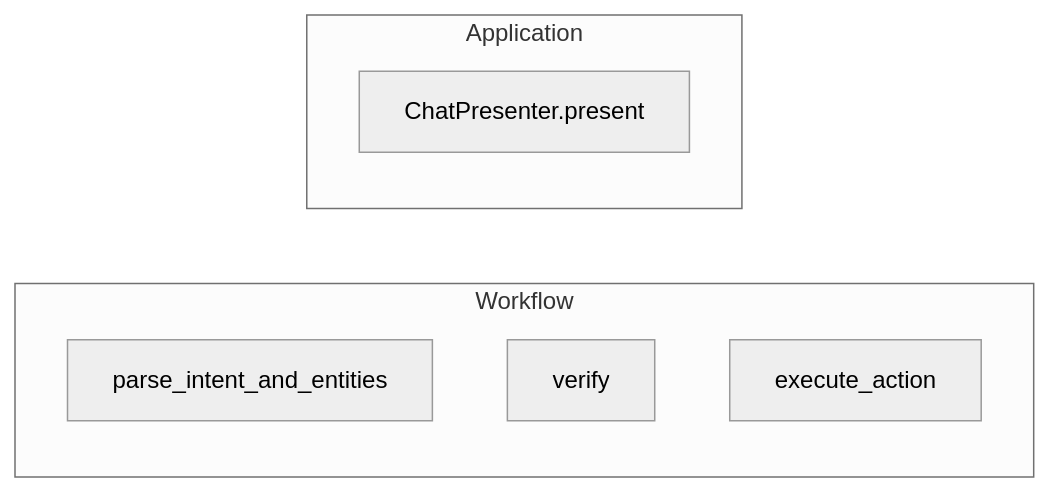
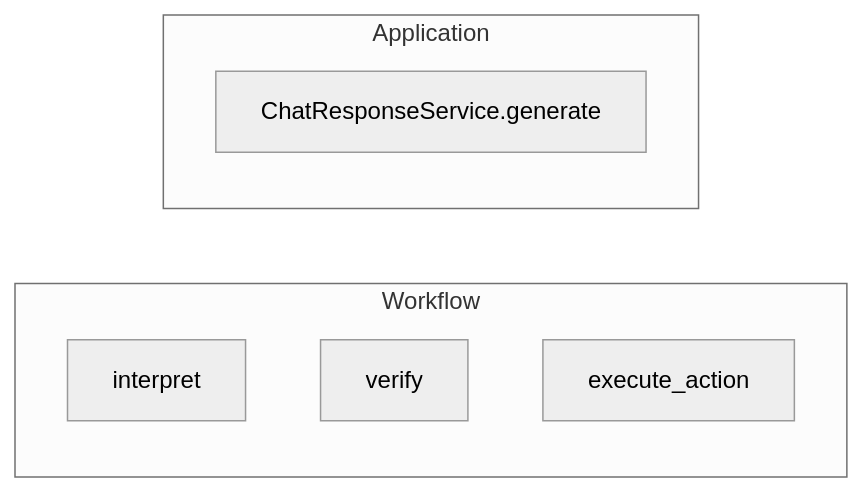
Before and after one commit to ktakanopy/appointment-bot: the diagram in docs/llm-boundary.md, drawn with Mermaid (neutral theme). The commit also changed other lines of this file and 25 other files, not shown here.

````diff
--- a/docs/llm-boundary.md
+++ b/docs/llm-boundary.md
@@ -74,11 +74,11 @@
 ```mermaid
 flowchart LR
   subgraph workflow [Workflow]
-    interpret[parse_intent_and_entities]
+    interpret[interpret]
     verify[verify]
     execute[execute_action]
   end
   subgraph application [Application]
-    presenter[ChatPresenter.present]
+    responseService[ChatResponseService.generate]
   end
 ```
````
